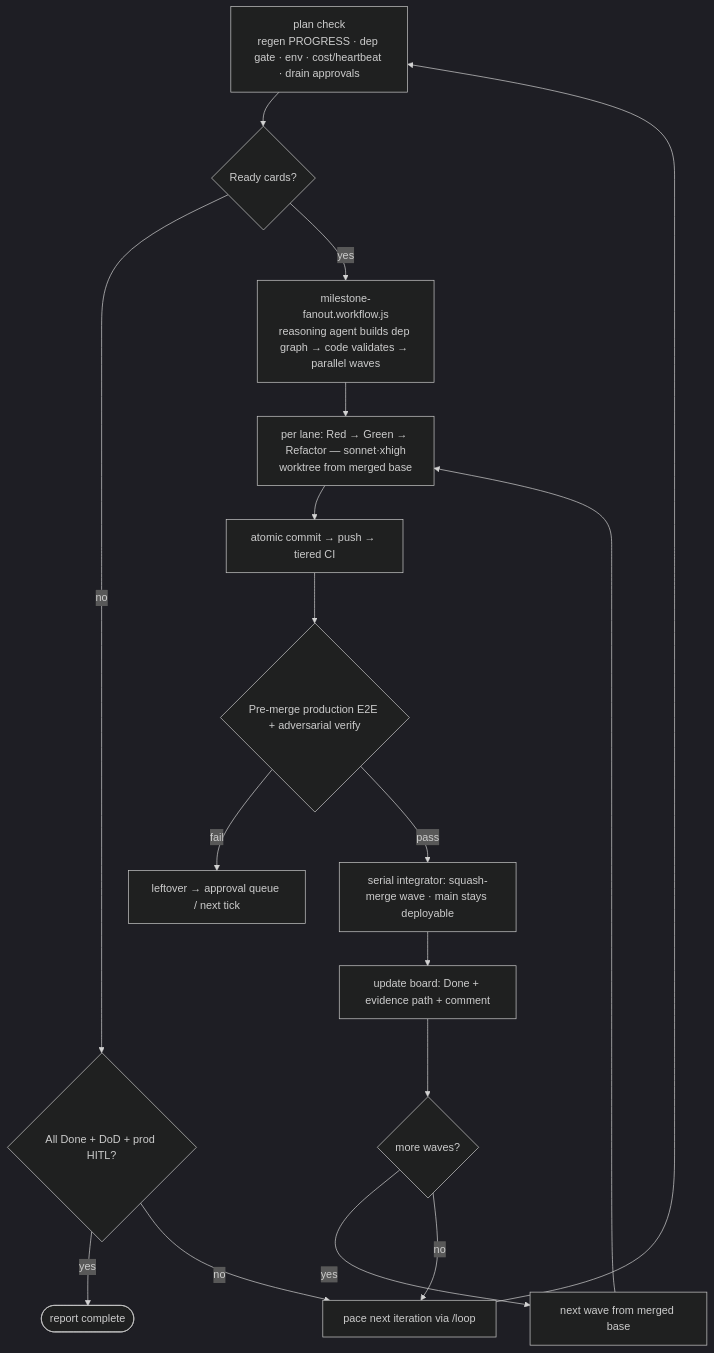
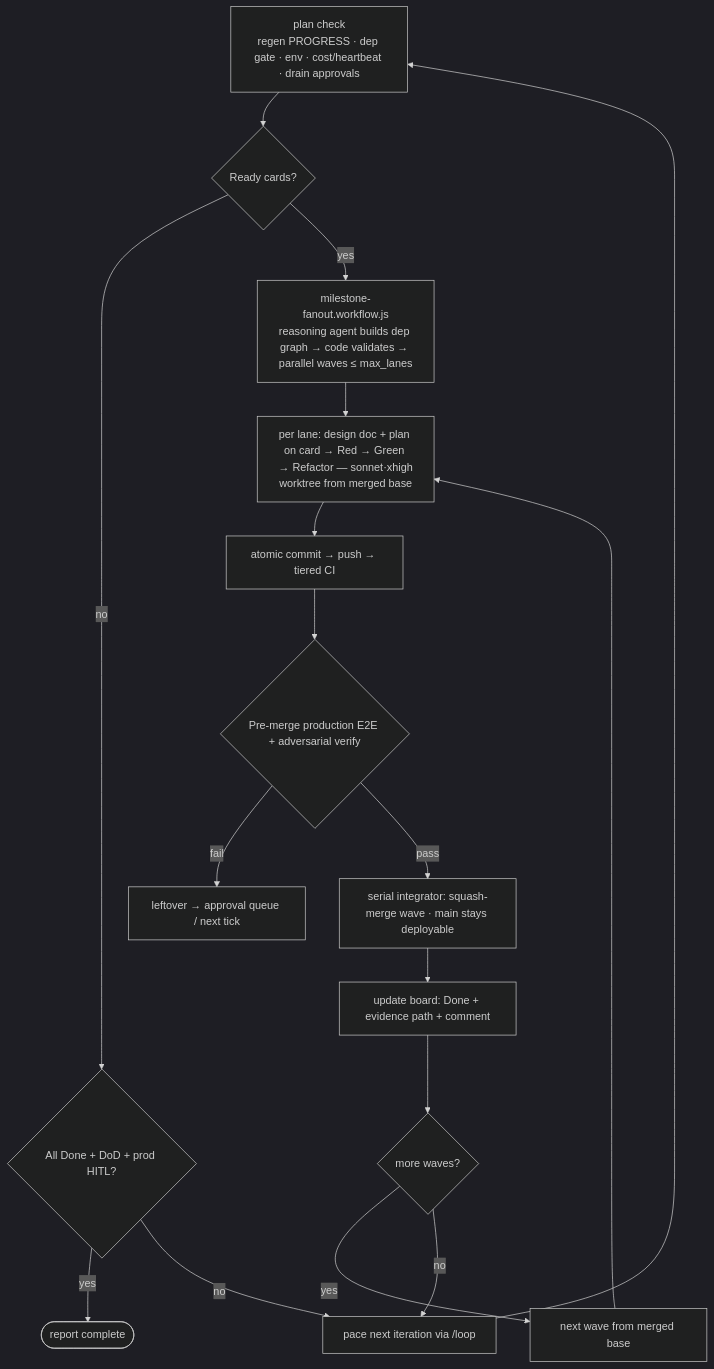
Before and after one commit to kimimgo/ultraloop: the third of 4 diagrams in README.md, drawn with Mermaid (dark theme). The commit also changed other lines of this file and 42 other files, not shown here.

````diff
--- a/README.md
+++ b/README.md
@@ -161,17 +180,17 @@
 ```mermaid
 flowchart TD
     A[plan check<br/>regen PROGRESS · dep gate · env · cost/heartbeat · drain approvals] --> B{Ready cards?}
     B -- no --> Z{All Done + DoD + prod HITL?}
     Z -- yes --> DONE([report complete])
     Z -- no --> PACE[pace next iteration via /loop] --> A
-    B -- yes --> C[milestone-fanout.workflow.js<br/>reasoning agent builds dep graph → code validates → parallel waves]
-    C --> D[per lane: Red → Green → Refactor — sonnet·xhigh<br/>worktree from merged base]
+    B -- yes --> C[milestone-fanout.workflow.js<br/>reasoning agent builds dep graph → code validates → parallel waves ≤ max_lanes]
+    C --> D[per lane: design doc + plan on card → Red → Green → Refactor — sonnet·xhigh<br/>worktree from merged base]
     D --> E[atomic commit → push → tiered CI]
     E --> F{Pre-merge production E2E + adversarial verify}
     F -- fail --> LEFT[leftover → approval queue / next tick]
     F -- pass --> G[serial integrator: squash-merge wave · main stays deployable]
     G --> H[update board: Done + evidence path + comment]
     H --> W{more waves?}
     W -- yes --> C2[next wave from merged base] --> D
     W -- no --> PACE
 ```
````
